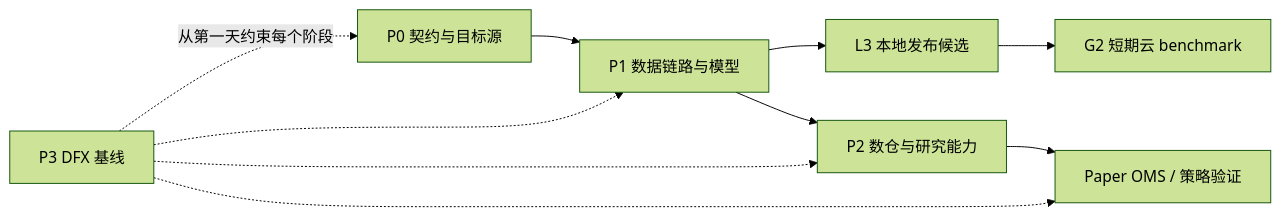
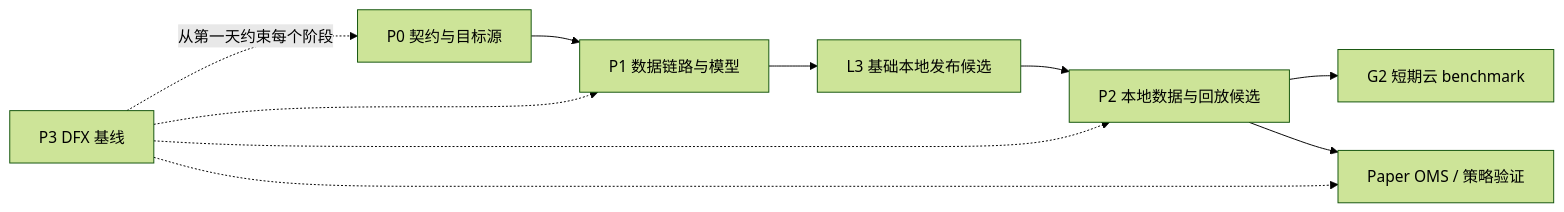
Before and after one commit to clt123321/event-contract-lab: the diagram in docs/requirements/IMPLEMENTATION_ROADMAP.md, drawn with Mermaid (forest theme). The commit also changed other lines of this file and 32 other files, not shown here.

````diff
--- a/docs/requirements/IMPLEMENTATION_ROADMAP.md
+++ b/docs/requirements/IMPLEMENTATION_ROADMAP.md
@@ -10,12 +10,12 @@
 ```mermaid
 flowchart LR
     P0["P0 契约与目标源"] --> P1["P1 数据链路与模型"]
-    P1 --> L3["L3 本地发布候选"]
-    L3 --> G2["G2 短期云 benchmark"]
-    P1 --> P2["P2 数仓与研究能力"]
+    P1 --> L3["L3 基础本地发布候选"]
+    L3 --> P2["P2 本地数据与回放候选"]
+    P2 --> G2["G2 短期云 benchmark"]
     P2 --> P4["Paper OMS / 策略验证"]
     P3["P3 DFX 基线"] -. "从第一天约束每个阶段" .-> P0
     P3 -.-> P1
     P3 -.-> P2
     P3 -.-> P4
 ```
````
